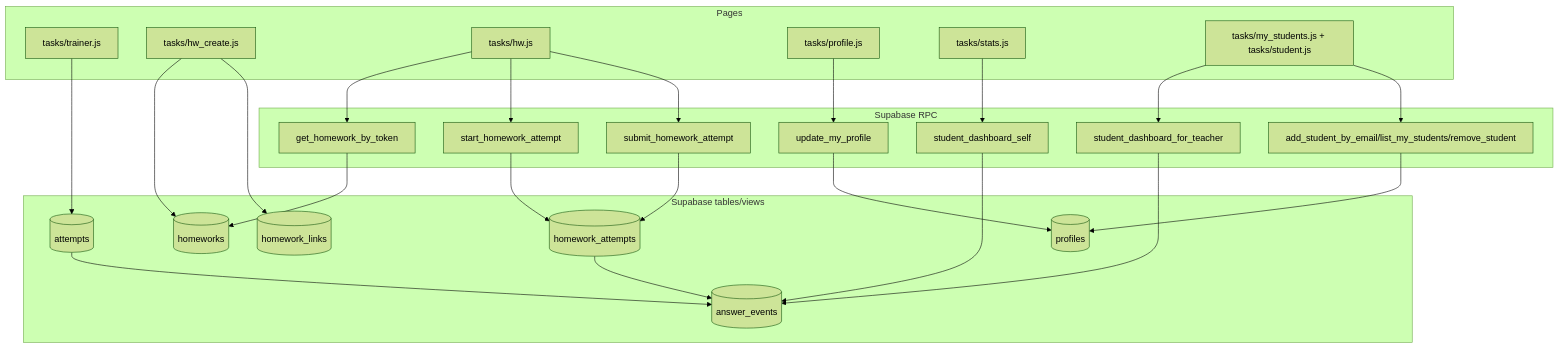
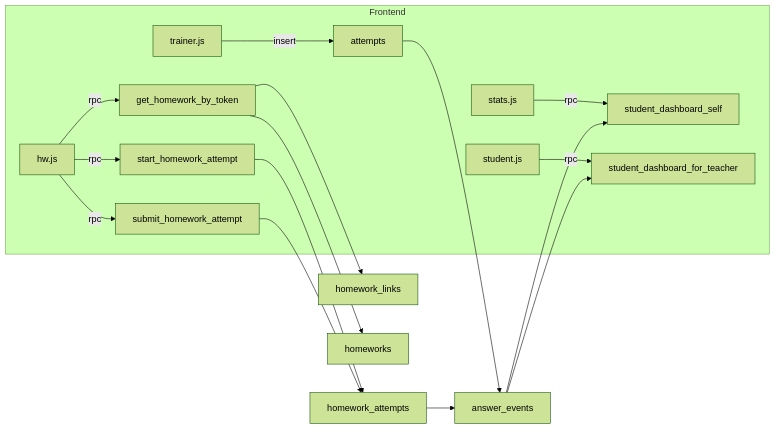
The fourth of 4 diagrams in docs/navigation/architecture.md (erantokha/EGE_trainer), drawn with Mermaid (forest theme) before and after one commit. The commit also changed other lines of this file and 4 other files, not shown here.

````diff
--- a/docs/navigation/architecture.md
+++ b/docs/navigation/architecture.md
@@ -178,47 +115,21 @@
 ```mermaid
-flowchart TD
-  subgraph Pages[Pages]
-    Trainer[tasks/trainer.js]
-    HWc[tasks/hw_create.js]
-    HW[tasks/hw.js]
-    Profile[tasks/profile.js]
-    Stats[tasks/stats.js]
-    Teacher[tasks/my_students.js + tasks/student.js]
+flowchart LR
+  subgraph Frontend
+    T[trainer.js] -->|insert| A1[attempts]
+    HWJ[hw.js] -->|rpc| R1[get_homework_by_token]
+    HWJ -->|rpc| R2[start_homework_attempt]
+    HWJ -->|rpc| R3[submit_homework_attempt]
+    S[stats.js] -->|rpc| D1[student_dashboard_self]
+    TS[student.js] -->|rpc| D2[student_dashboard_for_teacher]
   end
 
-  subgraph Tables[Supabase tables/views]
-    Profiles[(profiles)]
-    Homeworks[(homeworks)]
-    Links[(homework_links)]
-    HwAttempts[(homework_attempts)]
-    Attempts[(attempts)]
-    Events[(answer_events)]
-  end
+  R1 --> HL[homework_links]
+  R1 --> HWT[homeworks]
+  R2 --> HWA[homework_attempts]
+  R3 --> HWA
 
-  subgraph RPC[Supabase RPC]
-    GetHW[get_homework_by_token]
-    StartHW[start_homework_attempt]
-    SubmitHW[submit_homework_attempt]
-    DashSelf[student_dashboard_self]
-    DashTeacher[student_dashboard_for_teacher]
-    Students[add_student_by_email/list_my_students/remove_student]
-    UpdateMe[update_my_profile]
-  end
-
-  Trainer --> Attempts
-  Attempts --> Events
-
-  HWc --> Homeworks
-  HWc --> Links
-
-  HW --> GetHW --> Homeworks
-  HW --> StartHW --> HwAttempts
-  HW --> SubmitHW --> HwAttempts
-  HwAttempts --> Events
-
-  Profile --> UpdateMe --> Profiles
-
-  Stats --> DashSelf --> Events
-  Teacher --> DashTeacher --> Events
-  Teacher --> Students --> Profiles
+  A1 --> AE[answer_events]
+  HWA --> AE
+  AE --> D1
+  AE --> D2
 ```
````
